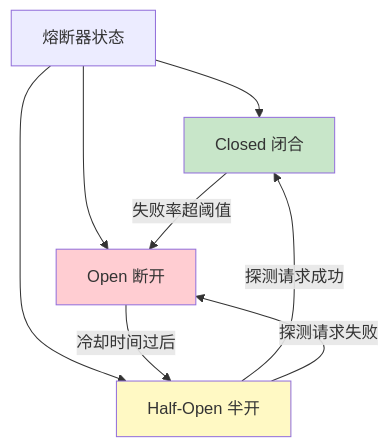
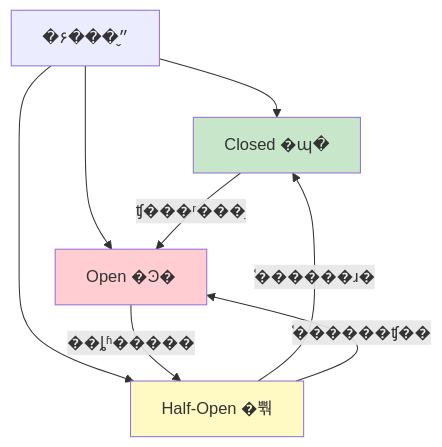
The fourth of 9 diagrams in content/post/ai-interview/Agent工具调用失败如何处理.zh-CN.md (TimeHunter618/hugo-maid-dev), drawn with Mermaid before and after one commit. The commit also changed other lines of this file and 70 other files, not shown here.

````diff
--- a/content/post/ai-interview/Agent工具调用失败如何处理.zh-CN.md
+++ b/content/post/ai-interview/Agent工具调用失败如何处理.zh-CN.md
@@ -202,15 +202,15 @@
 ```mermaid
 graph TD
-    A[熔断器状态] --> B[Closed 闭合]
-    A --> C[Open 断开]
-    A --> D[Half-Open 半开]
+    A[�۶���״̬] --> B[Closed �պ�]
+    A --> C[Open �Ͽ�]
+    A --> D[Half-Open �뿪]
 
-    B -->|失败率超阈值| C
-    C -->|冷却时间过后| D
-    D -->|探测请求成功| B
-    D -->|探测请求失败| C
+    B -->|ʧ���ʳ���ֵ| C
+    C -->|��ȴʱ�����| D
+    D -->|̽������ɹ�| B
+    D -->|̽������ʧ��| C
 
     style C fill:#ffcdd2
     style B fill:#c8e6c9
     style D fill:#fff9c4
 ```
````
